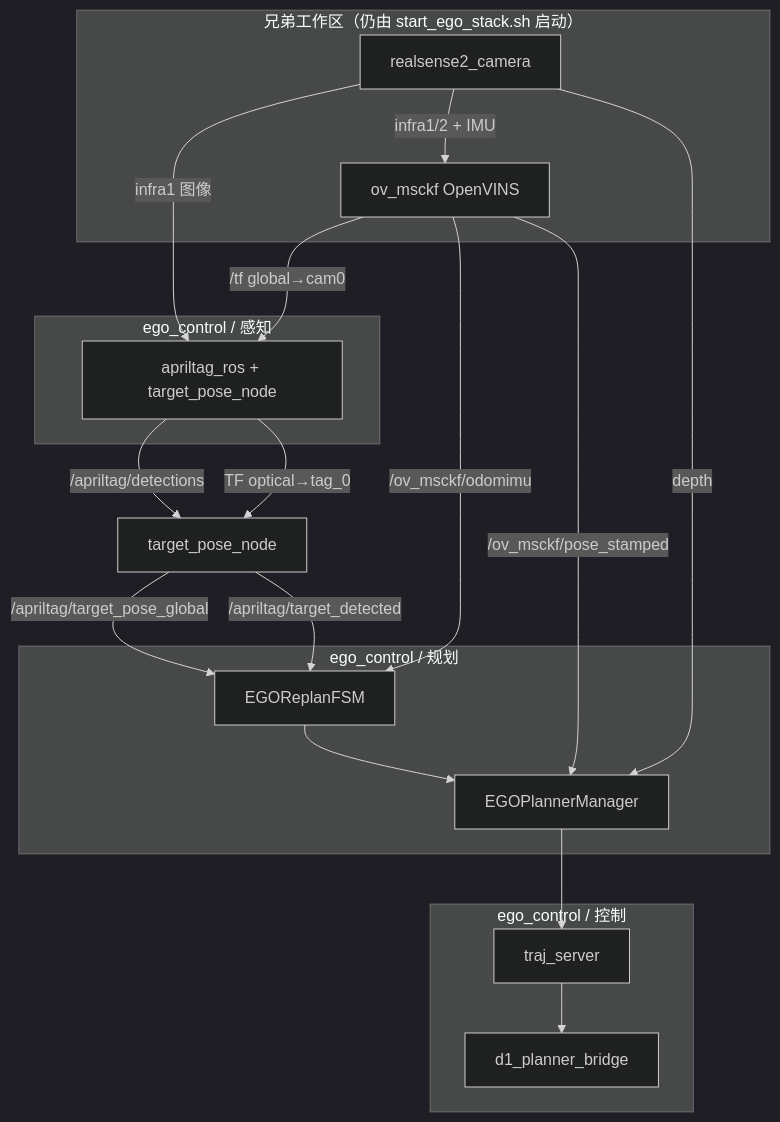
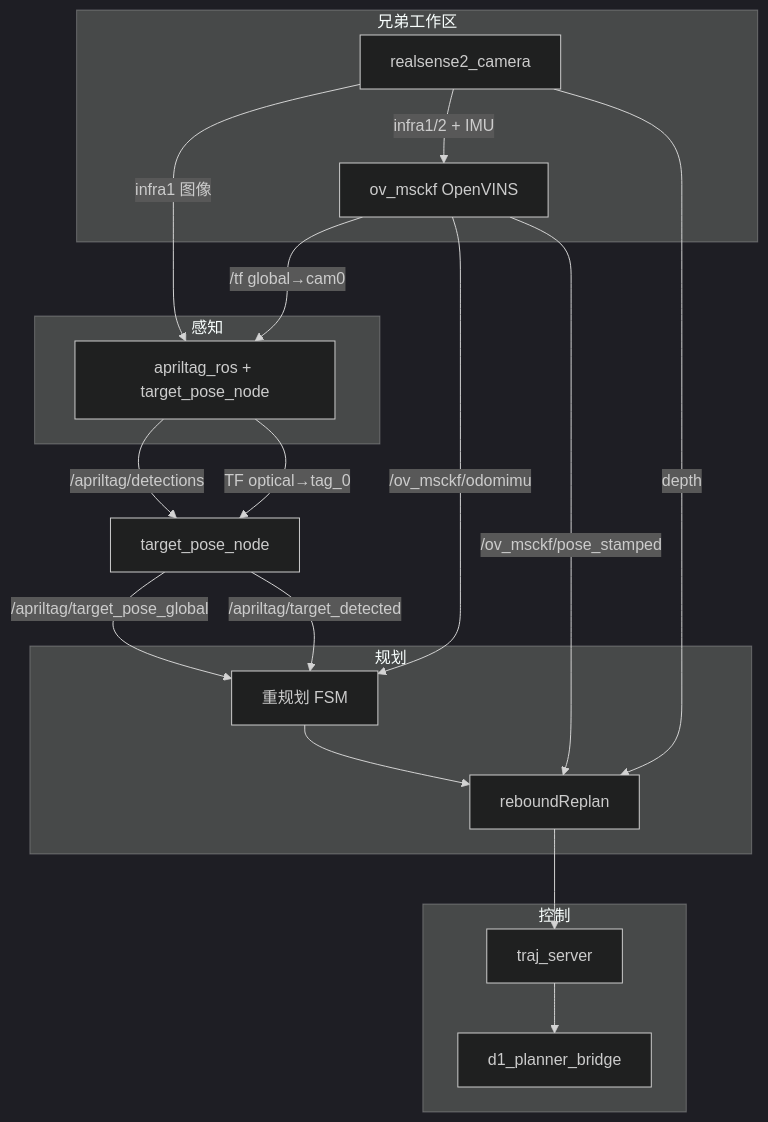
The diagram in docs/04_apriltag_integration.md (h6angel/d1pro), drawn with Mermaid (dark theme) before and after one commit. The commit also changed other lines of this file and 14 other files, not shown here.

````diff
--- a/docs/04_apriltag_integration.md
+++ b/docs/04_apriltag_integration.md
@@ -89,35 +57,35 @@
 ```mermaid
 flowchart TB
-  subgraph ext["兄弟工作区（仍由 start_ego_stack.sh 启动）"]
+  subgraph ext["兄弟工作区"]
     RS["realsense2_camera"]
     OV["ov_msckf OpenVINS"]
   end
 
-  subgraph ego_perception["ego_control / 感知"]
+  subgraph ego_perception["感知"]
     AT["apriltag_ros + target_pose_node"]
   end
 
-  subgraph ego_plan["ego_control / 规划"]
-    FSM["EGOReplanFSM"]
-    PM["EGOPlannerManager"]
+  subgraph ego_plan["规划"]
+    FSM["重规划 FSM"]
+    PM["reboundReplan"]
   end
 
-  subgraph ego_ctrl["ego_control / 控制"]
+  subgraph ego_ctrl["控制"]
     TS["traj_server"]
     BR["d1_planner_bridge"]
   end
 
   RS -->|infra1 图像| AT
   RS -->|infra1/2 + IMU| OV
   OV -->|/tf global→cam0| AT
   AT -->|/apriltag/detections| TP["target_pose_node"]
   AT -->|TF optical→tag_0| TP
   TP -->|/apriltag/target_pose_global| FSM
   TP -->|/apriltag/target_detected| FSM
 
   OV -->|/ov_msckf/odomimu| FSM
   OV -->|/ov_msckf/pose_stamped| PM
   RS -->|depth| PM
   FSM --> PM
   PM --> TS --> BR
 ```
````
